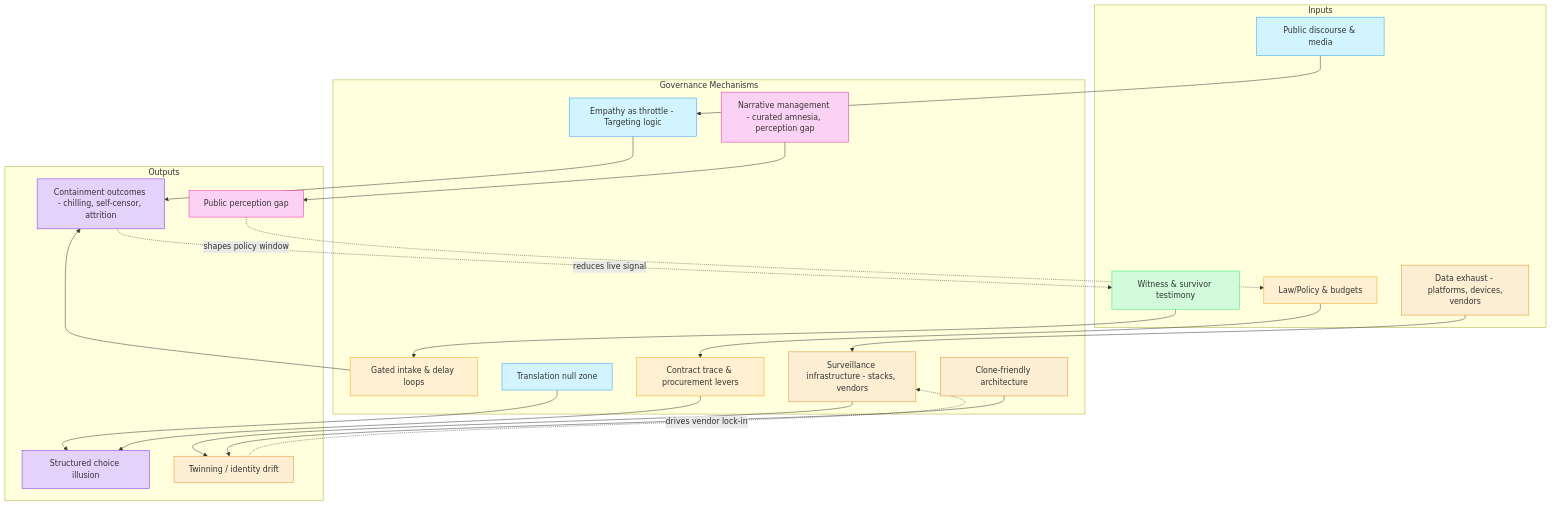
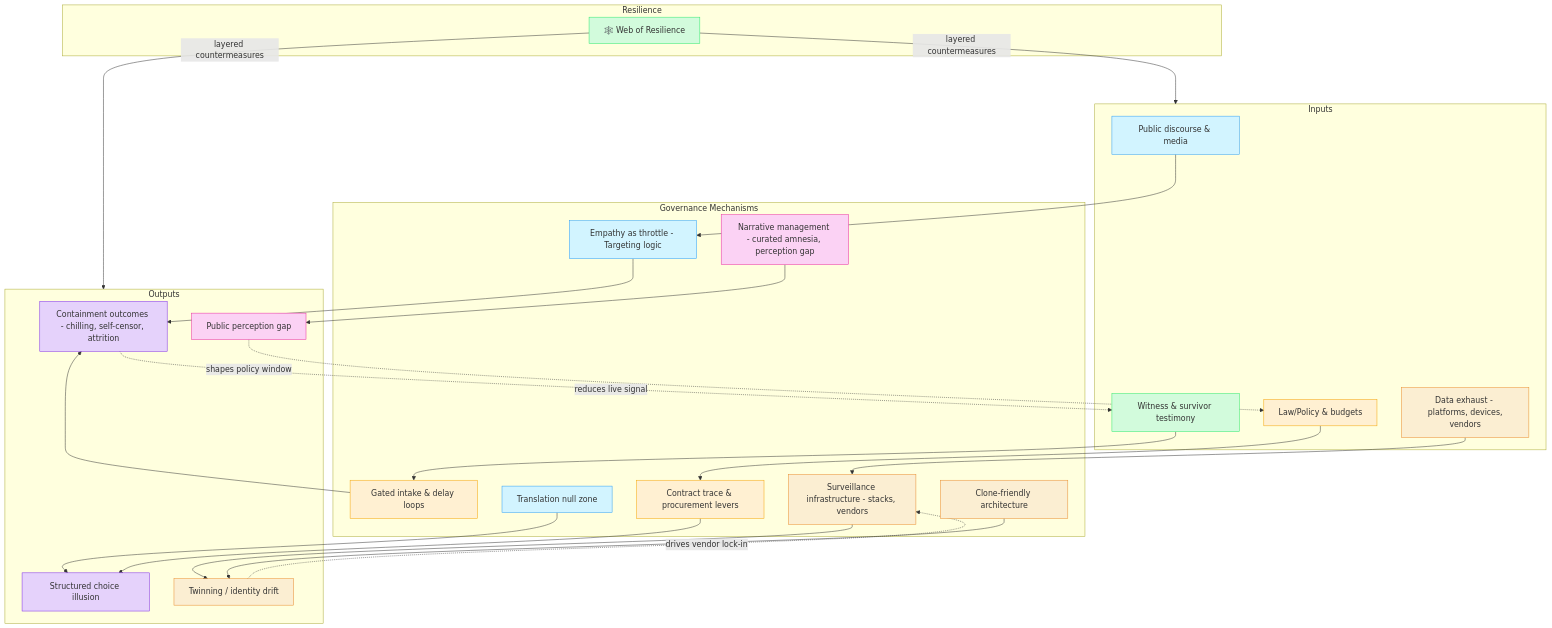
Before and after one commit to josefsbreakfast/Polaris-Protocol: the diagram in Disruption_Kit/Big_Picture_Protocols/🌀_System_Governance/README.md, drawn with Mermaid.

````diff
--- a/Disruption_Kit/Big_Picture_Protocols/🌀_System_Governance/README.md
+++ b/Disruption_Kit/Big_Picture_Protocols/🌀_System_Governance/README.md
@@ -92,58 +92,67 @@
 ```mermaid
 
 flowchart TD
   %% Polaris — System & Governance framing
 
   subgraph IN[Inputs]
     P[Public discourse & media]:::soft
     L[Law/Policy & budgets]:::bureaucratic
     D[Data exhaust - 
  platforms, devices, vendors]:::cve
     W[Witness & survivor testimony]:::safeguarding
   end
 
   subgraph GOV[Governance Mechanisms]
     E[Empathy as throttle - Targeting logic]:::soft
     G[Gated intake & delay loops]:::bureaucratic
     T[Translation null zone]:::soft
     C[Contract trace & procurement levers]:::bureaucratic
     N[Narrative management - curated amnesia, perception gap]:::jargon
     S[Surveillance infrastructure - stacks, vendors]:::cve
     A[Clone-friendly architecture]:::cve
   end
 
   subgraph OUT[Outputs]
     O1[Containment outcomes - chilling, self-censor, attrition]:::ethics
     O2[Structured choice illusion]:::ethics
     O3[Twinning / identity drift]:::cve
     O4[Public perception gap]:::jargon
   end
 
+  subgraph RES[Resilience]
+    R[🕸️ Web of Resilience]:::safeguarding
+  end
+
   %% Flows
   P --> E
   L --> C
   D --> S
   W --> G
 
   E --> O1
   G --> O1
   T --> O2
   C --> O2
   N --> O4
   S --> O3
   A --> O3
 
+  %% Resilience loop
+  R -->|layered countermeasures| IN
+  R -->|layered countermeasures| OUT
+
   %% Feedback loops
   O4 -.->|shapes policy window| L
   O1 -.->|reduces live signal| W
   O3 -.->|drives vendor lock-in| S
 
   %% Style (Admin Kit)
   classDef soft fill:#d2f4ff,stroke:#2a9df4,stroke-width:1px;
   classDef bureaucratic fill:#fff0d2,stroke:#f4a300,stroke-width:1px;
   classDef jargon fill:#fbd2f4,stroke:#e82a9d,stroke-width:1px;
   classDef ethics fill:#e5d2fb,stroke:#7d2ae8,stroke-width:1px;
   classDef safeguarding fill:#d2fbdc,stroke:#2ae86a,stroke-width:1px;
   classDef cve fill:#fbeed2,stroke:#e88a2a,stroke-width:1px;
 
+
 ```
````
